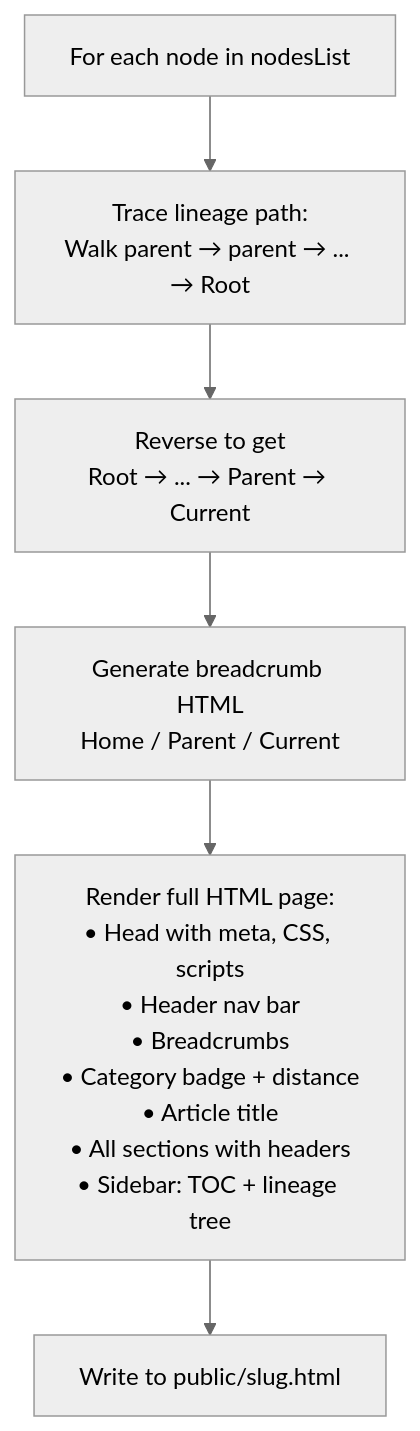
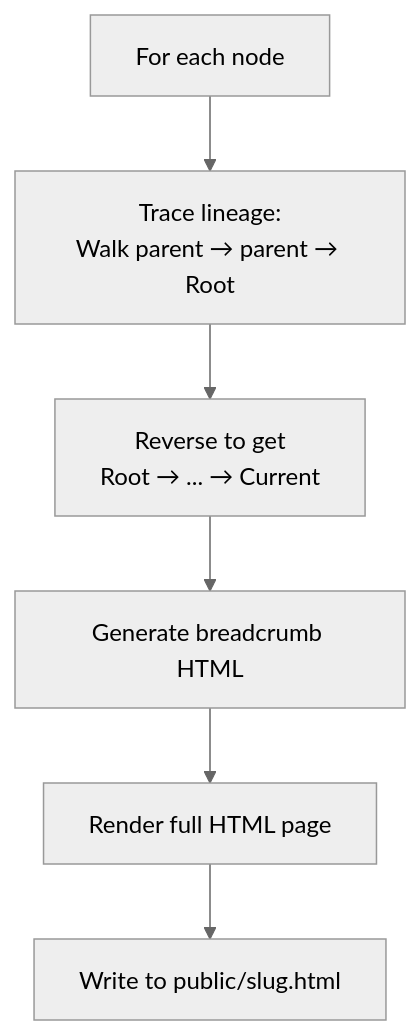
The fourth of 13 diagrams in README.md (Kavyargb/Neuron-IQ), drawn with Mermaid (neutral theme) before and after one commit. The commit also changed other lines of this file, not shown here.

Commit message:
docs: overhaul README with enhanced formatting, project badges, and detailed architecture documentation

````diff
--- a/README.md
+++ b/README.md
@@ -259,8 +296,8 @@
 ```mermaid
 flowchart TD
-    A["For each node in nodesList"] --> B["Trace lineage path:<br>Walk parent → parent → ... → Root"]
-    B --> C["Reverse to get<br>Root → ... → Parent → Current"]
-    C --> D["Generate breadcrumb HTML<br>Home / Parent / Current"]
-    D --> E["Render full HTML page:<br>• Head with meta, CSS, scripts<br>• Header nav bar<br>• Breadcrumbs<br>• Category badge + distance<br>• Article title<br>• All sections with headers<br>• Sidebar: TOC + lineage tree"]
+    A["For each node"] --> B["Trace lineage:<br/>Walk parent → parent → Root"]
+    B --> C["Reverse to get<br/>Root → ... → Current"]
+    C --> D["Generate breadcrumb HTML"]
+    D --> E["Render full HTML page"]
     E --> F["Write to public/slug.html"]
 ```
````
